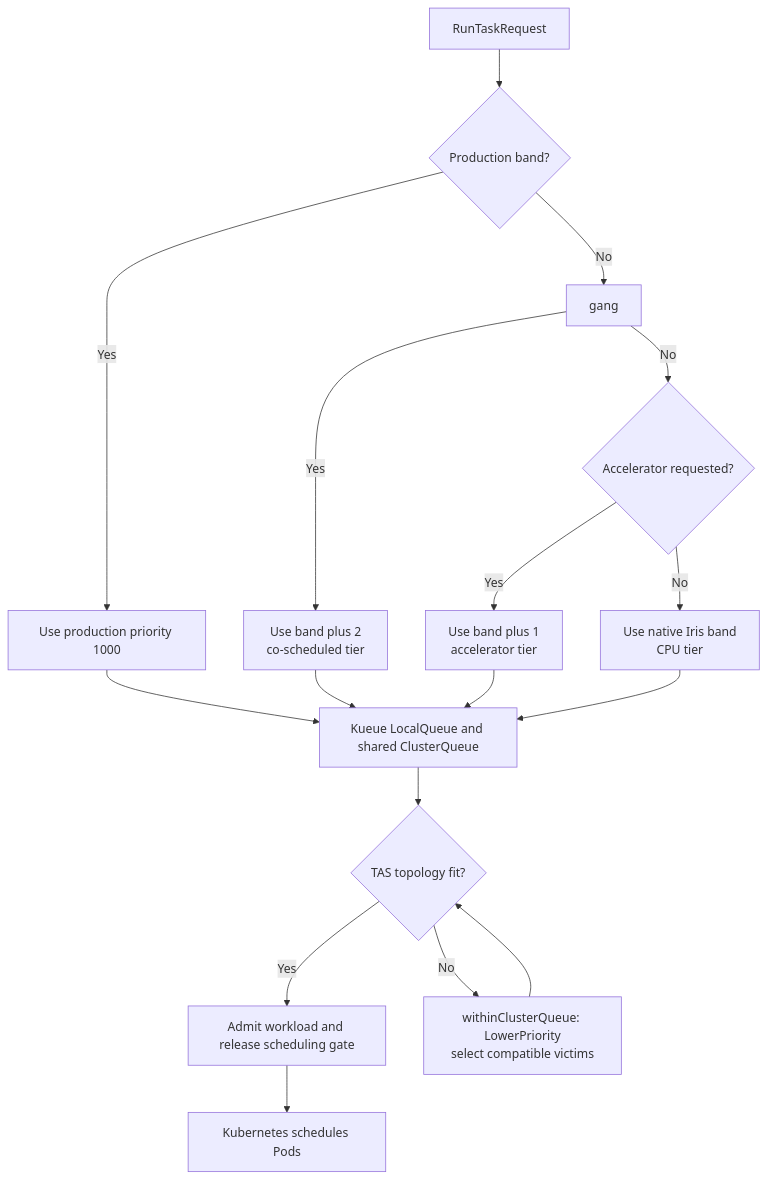
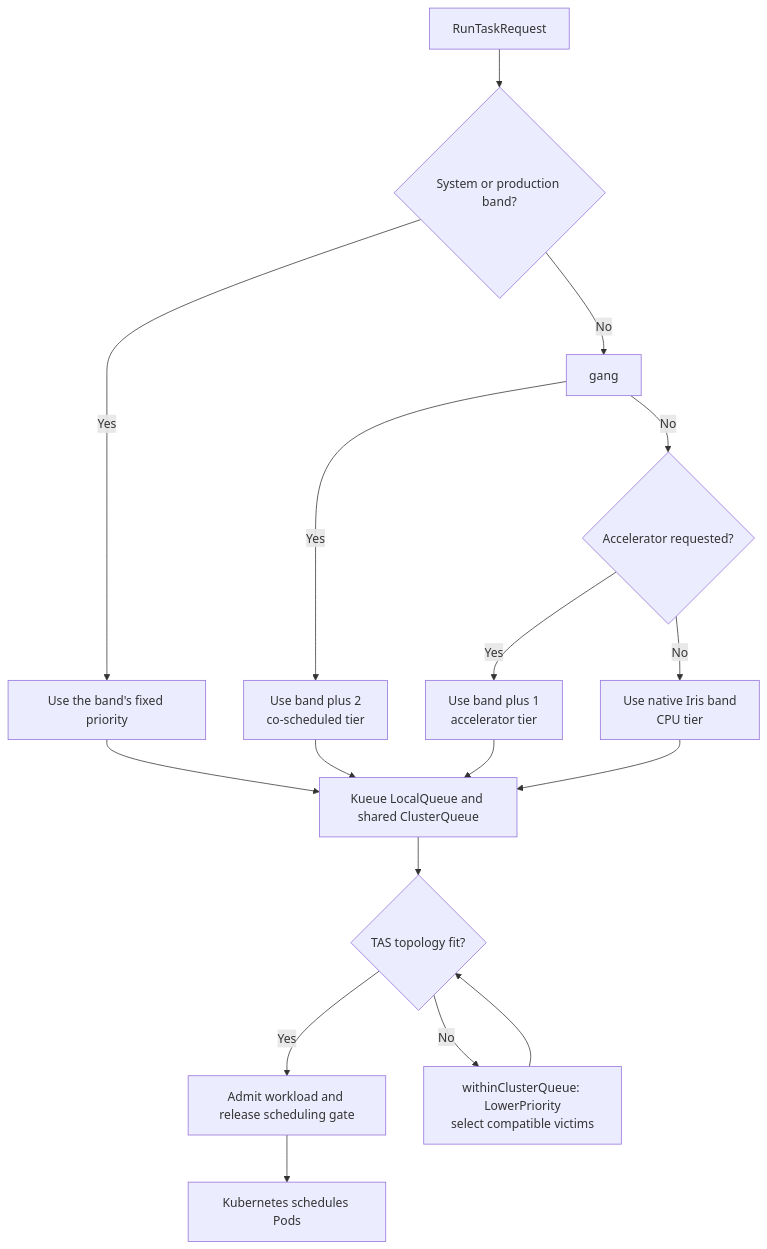
Before and after one commit to marin-community/marin: the diagram in lib/iris/docs/coreweave.md, drawn with Mermaid. The commit also changed other lines of this file and 31 other files, not shown here.

Commit message:
[iris] Replace priority with a system scheduling tier

````diff
--- a/lib/iris/docs/coreweave.md
+++ b/lib/iris/docs/coreweave.md
@@ -192,19 +191,19 @@
 ```mermaid
 flowchart TD
-    request[RunTaskRequest] --> production{Production band?}
-    production -- Yes --> prod[Use production priority 1000]
-    production -- No --> gang
+    request[RunTaskRequest] --> protected{System or production band?}
+    protected -- Yes --> fixed[Use the band's fixed priority]
+    protected -- No --> gang
     gang -- Yes --> native[Use band plus 2<br/>co-scheduled tier]
     gang -- No --> accelerator{Accelerator requested?}
     accelerator -- Yes --> gpu[Use band plus 1<br/>accelerator tier]
     accelerator -- No --> cpu[Use native Iris band<br/>CPU tier]
-    prod --> queue[Kueue LocalQueue and shared ClusterQueue]
+    fixed --> queue[Kueue LocalQueue and shared ClusterQueue]
     native --> queue[Kueue LocalQueue and shared ClusterQueue]
     gpu --> queue
     cpu --> queue
     queue --> fit{TAS topology fit?}
     fit -- Yes --> admit[Admit workload and release scheduling gate]
     fit -- No --> preempt[withinClusterQueue: LowerPriority<br/>select compatible victims]
     preempt --> fit
     admit --> schedule[Kubernetes schedules Pods]
 ```
````
